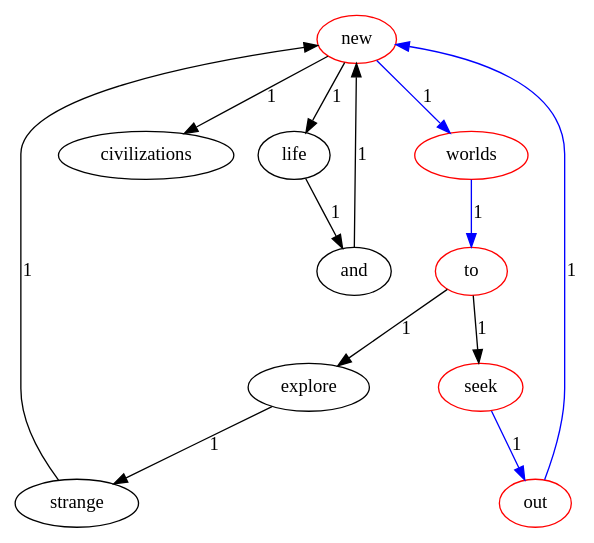
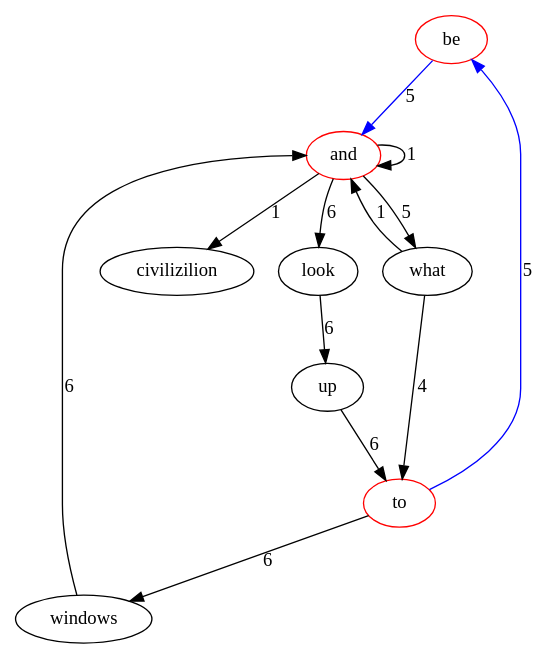
Before and after one commit to coke1234567/Lab1-2021111647: the diagram in shortest_pathto1.gv, drawn with Graphviz. The commit also changed 14 other files, not shown here.

```diff
--- a/shortest_pathto1.gv
+++ b/shortest_pathto1.gv
@@ -1,24 +1,22 @@
 digraph G{
-new [color=red];
-worlds [color=red];
-explore;
-and;
+be [color=red];
+what;
+civilizilion;
+and [color=red];
 to [color=red];
-civilizations;
-seek [color=red];
-life;
-strange;
-out [color=red];
-new->worlds[label=1, color=blue];
-new->civilizations[label=1];
-new->life[label=1];
-worlds->to[label=1, color=blue];
-explore->strange[label=1];
-and->new[label=1];
-to->explore[label=1];
-to->seek[label=1];
-seek->out[label=1, color=blue];
-strange->new[label=1];
-life->and[label=1];
-out->new[label=1, color=blue];
+up;
+windows;
+look;
+be->and[label=5, color=blue];
+what->and[label=1];
+what->to[label=4];
+and->what[label=5];
+and->civilizilion[label=1];
+and->and[label=1];
+and->look[label=6];
+to->be[label=5, color=blue];
+to->windows[label=6];
+up->to[label=6];
+windows->and[label=6];
+look->up[label=6];
 }
```
